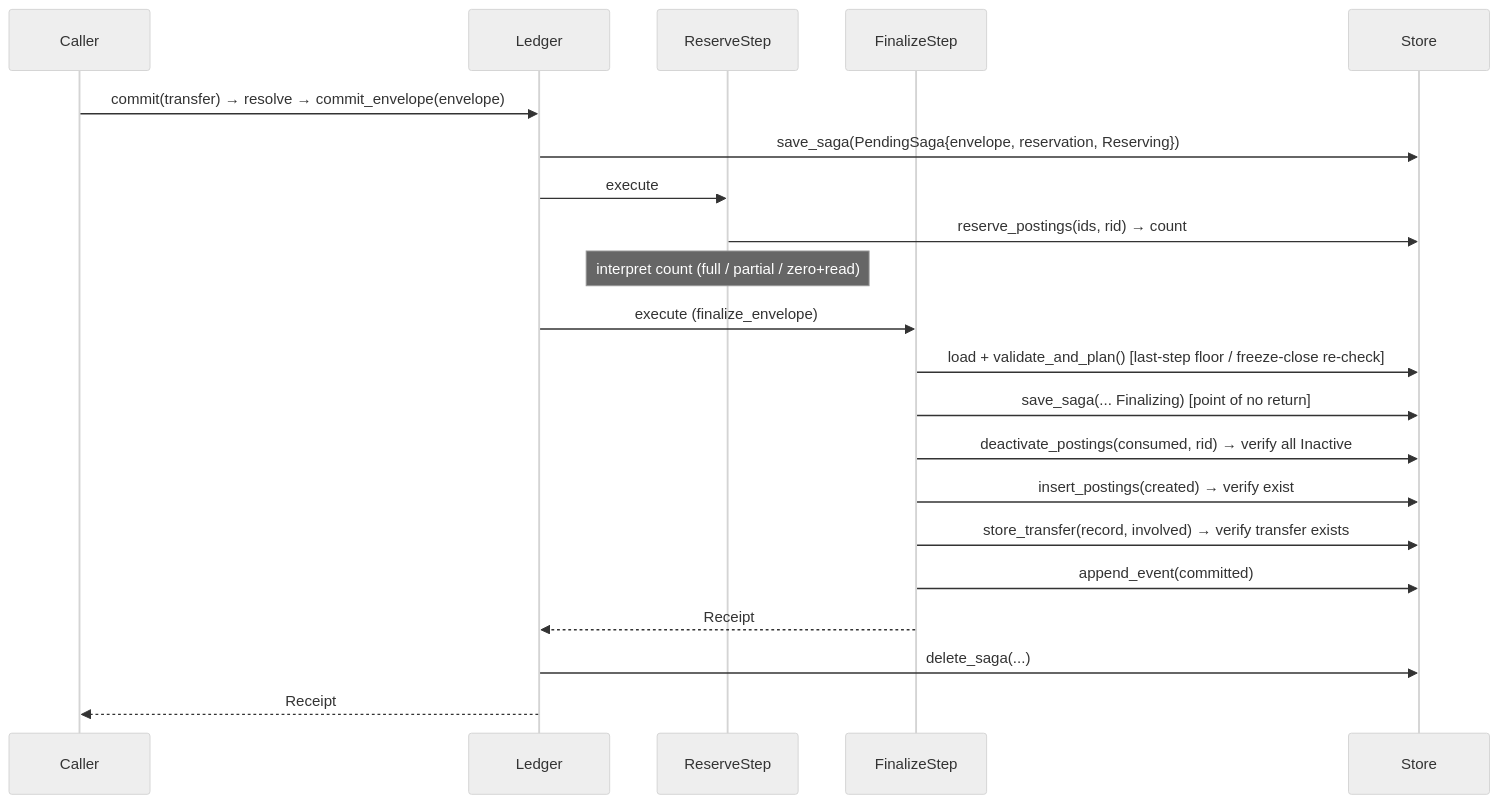
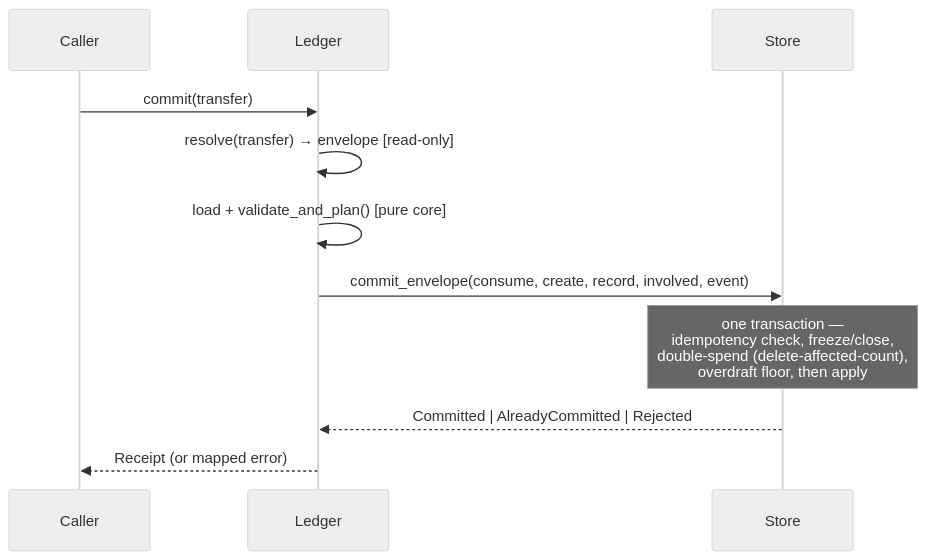
Before and after one commit to crodas/kuatia: the third of 4 diagrams in doc/architecture.md, drawn with Mermaid (neutral theme). The commit also changed other lines of this file and 39 other files, not shown here.

````diff
--- a/doc/architecture.md
+++ b/doc/architecture.md
@@ -127,25 +119,14 @@
 ```mermaid
 sequenceDiagram
     participant C as Caller
     participant L as Ledger
-    participant R as ReserveStep
-    participant F as FinalizeStep
     participant S as Store
 
-    C->>L: commit(transfer) → resolve → commit_envelope(envelope)
-    L->>S: save_saga(PendingSaga{envelope, reservation, Reserving})
-    L->>R: execute
-    R->>S: reserve_postings(ids, rid) → count
-    Note over R: interpret count (full / partial / zero+read)
-
-    L->>F: execute (finalize_envelope)
-    F->>S: load + validate_and_plan() [last-step floor / freeze-close re-check]
-    F->>S: save_saga(... Finalizing)  [point of no return]
-    F->>S: deactivate_postings(consumed, rid) → verify all Inactive
-    F->>S: insert_postings(created) → verify exist
-    F->>S: store_transfer(record, involved) → verify transfer exists
-    F->>S: append_event(committed)
-    F-->>L: Receipt
-    L->>S: delete_saga(...)
-    L-->>C: Receipt
+    C->>L: commit(transfer)
+    L->>L: resolve(transfer) → envelope   [read-only]
+    L->>L: load + validate_and_plan()     [pure core]
+    L->>S: commit_envelope(consume, create, record, involved, event)
+    Note over S: one transaction —<br/>idempotency check, freeze/close,<br/>double-spend (delete-affected-count),<br/>overdraft floor, then apply
+    S-->>L: Committed | AlreadyCommitted | Rejected
+    L-->>C: Receipt (or mapped error)
 ```
````
